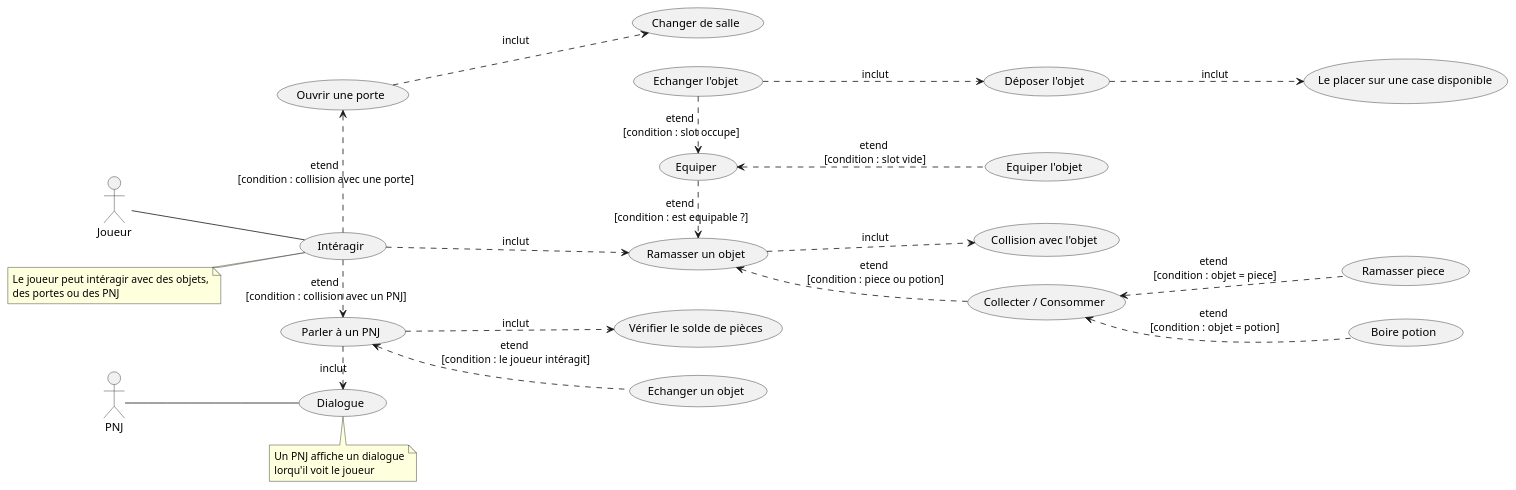
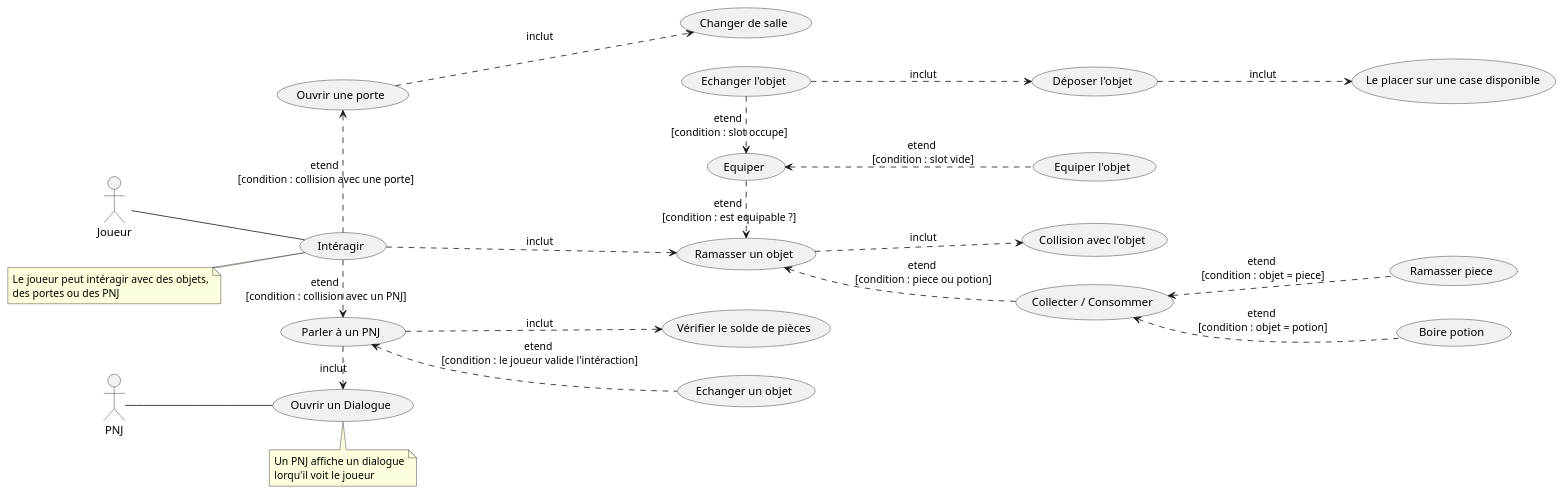
The diagram in uml/CasUtilisation_Interagir.wsd (Lazouliss/tp-acvl), drawn with PlantUML before and after one commit.

Commit message:
fix: :bug: Clarification de la partie dialogue avec un PNJ du cas d'utilisation global UML

```diff
--- a/uml/CasUtilisation_Interagir.wsd
+++ b/uml/CasUtilisation_Interagir.wsd
@@ -1,41 +1,41 @@
 @startuml
 
 left to right direction
 
 actor Joueur
 actor PNJ
 
 :Joueur: -- (Intéragir)
 
 note "Le joueur peut intéragir avec des objets,\ndes portes ou des PNJ" as N_Intéragir
 N_Intéragir .. (Intéragir)
 
 
 (Intéragir) ..> (Ramasser un objet) :inclut
 (Ramasser un objet) ..> (Collision avec l'objet) :inclut
 
 (Ramasser un objet) <.. (Collecter / Consommer) :etend \n[condition : piece ou potion]
 (Collecter / Consommer) <.. (Boire potion) :etend \n[condition : objet = potion]
 (Collecter / Consommer) <.. (Ramasser piece) :etend \n[condition : objet = piece]
 
 (Ramasser un objet) <.left. (Equiper) :etend \n[condition : est equipable ?]
 (Equiper) <.. (Equiper l'objet) :etend \n[condition : slot vide]
 (Equiper) <.left. (Echanger l'objet) :etend \n[condition : slot occupe]
 (Echanger l'objet) ..> (Déposer l'objet) :inclut
 (Déposer l'objet) ..> (Le placer sur une case disponible) :inclut
 
 (Intéragir) .left.> (Ouvrir une porte) :etend \n[condition : collision avec une porte]
 (Ouvrir une porte) ..> (Changer de salle) :inclut
 
-:PNJ: -- (Dialogue)
-note bottom of (Dialogue)
+:PNJ: -- (Ouvrir un Dialogue)
+note bottom of (Ouvrir un Dialogue)
  Un PNJ affiche un dialogue
  lorqu'il voit le joueur
 end note
 (Intéragir) .right.> (Parler à un PNJ) :etend \n[condition : collision avec un PNJ]
-(Parler à un PNJ) .right.> (Dialogue) :inclut
+(Parler à un PNJ) .right.> (Ouvrir un Dialogue) :inclut
 (Parler à un PNJ) ..> (Vérifier le solde de pièces) :inclut
-(Parler à un PNJ) <.. (Echanger un objet) :etend \n[condition : le joueur intéragit]
+(Parler à un PNJ) <.. (Echanger un objet) :etend \n[condition : le joueur valide l'intéraction]
 
 
 @enduml
```
